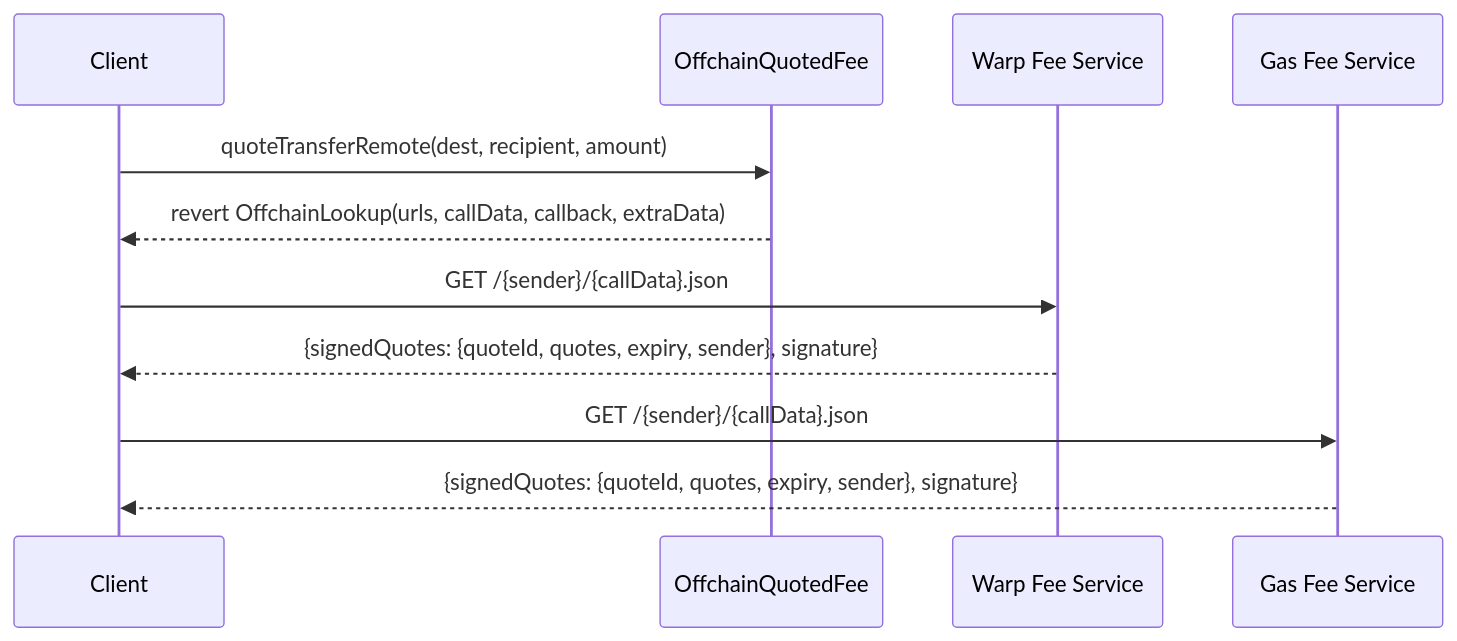
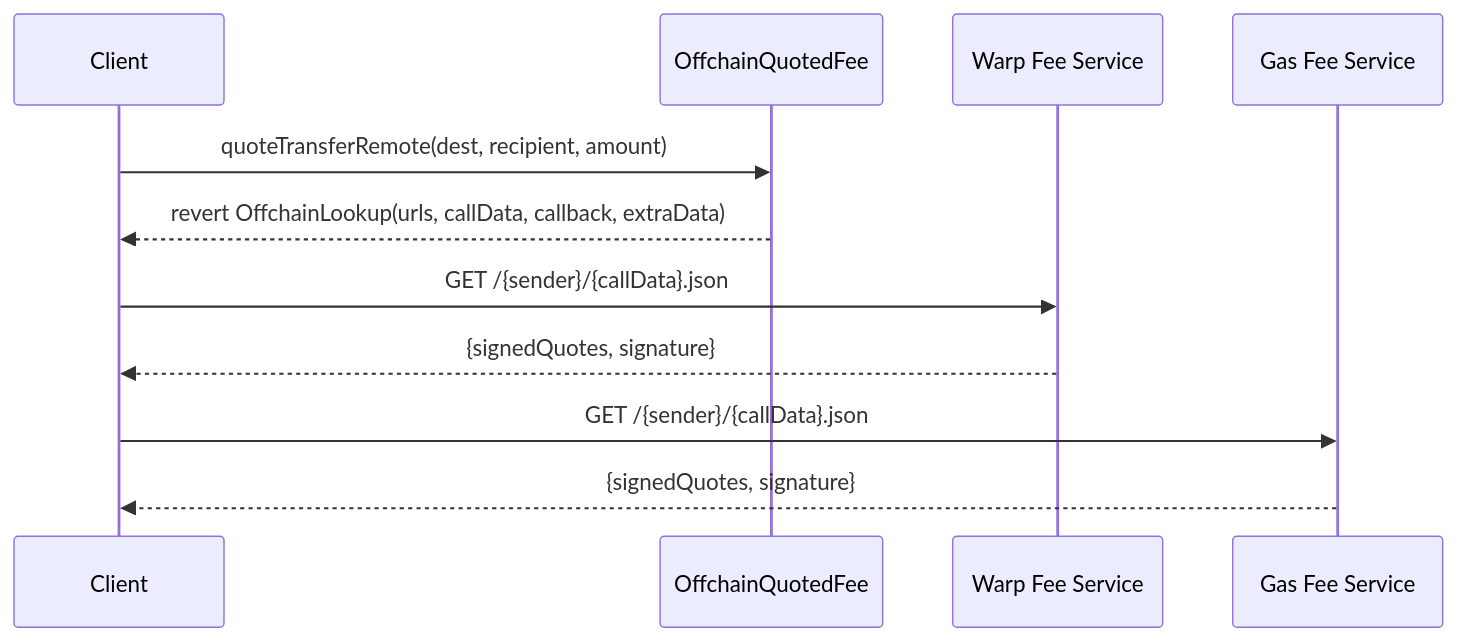
One commit to fujijin/hyperlane-monorepo changed the first of 3 diagrams in docs/offchain-fee-quoting.md. Above: the diagram before and after it, drawn with Mermaid. The commit also changed other lines of this file, not shown here.

First line of the commit message:
docs: refine offchain fee quoting proposal

````diff
--- a/docs/offchain-fee-quoting.md
+++ b/docs/offchain-fee-quoting.md
@@ -190,16 +223,16 @@
 ```mermaid
 sequenceDiagram
     participant Client
     participant QuotedFee as OffchainQuotedFee
     participant WarpFeeAPI as Warp Fee Service
     participant GasFeeAPI as Gas Fee Service
 
     Client->>QuotedFee: quoteTransferRemote(dest, recipient, amount)
     QuotedFee-->>Client: revert OffchainLookup(urls, callData, callback, extraData)
 
     Client->>WarpFeeAPI: GET /{sender}/{callData}.json
-    WarpFeeAPI-->>Client: {signedQuotes: {quoteId, quotes, expiry, sender}, signature}
+    WarpFeeAPI-->>Client: {signedQuotes, signature}
 
     Client->>GasFeeAPI: GET /{sender}/{callData}.json
-    GasFeeAPI-->>Client: {signedQuotes: {quoteId, quotes, expiry, sender}, signature}
+    GasFeeAPI-->>Client: {signedQuotes, signature}
 ```
````
